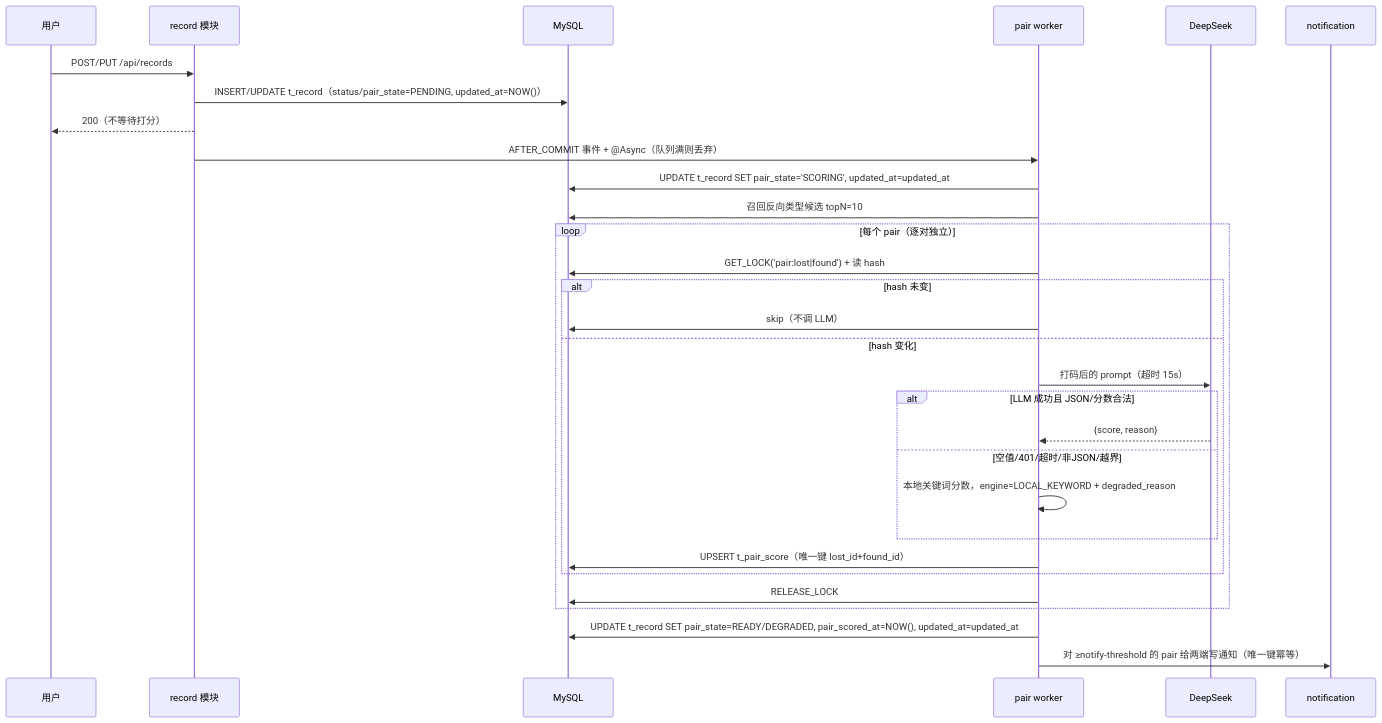
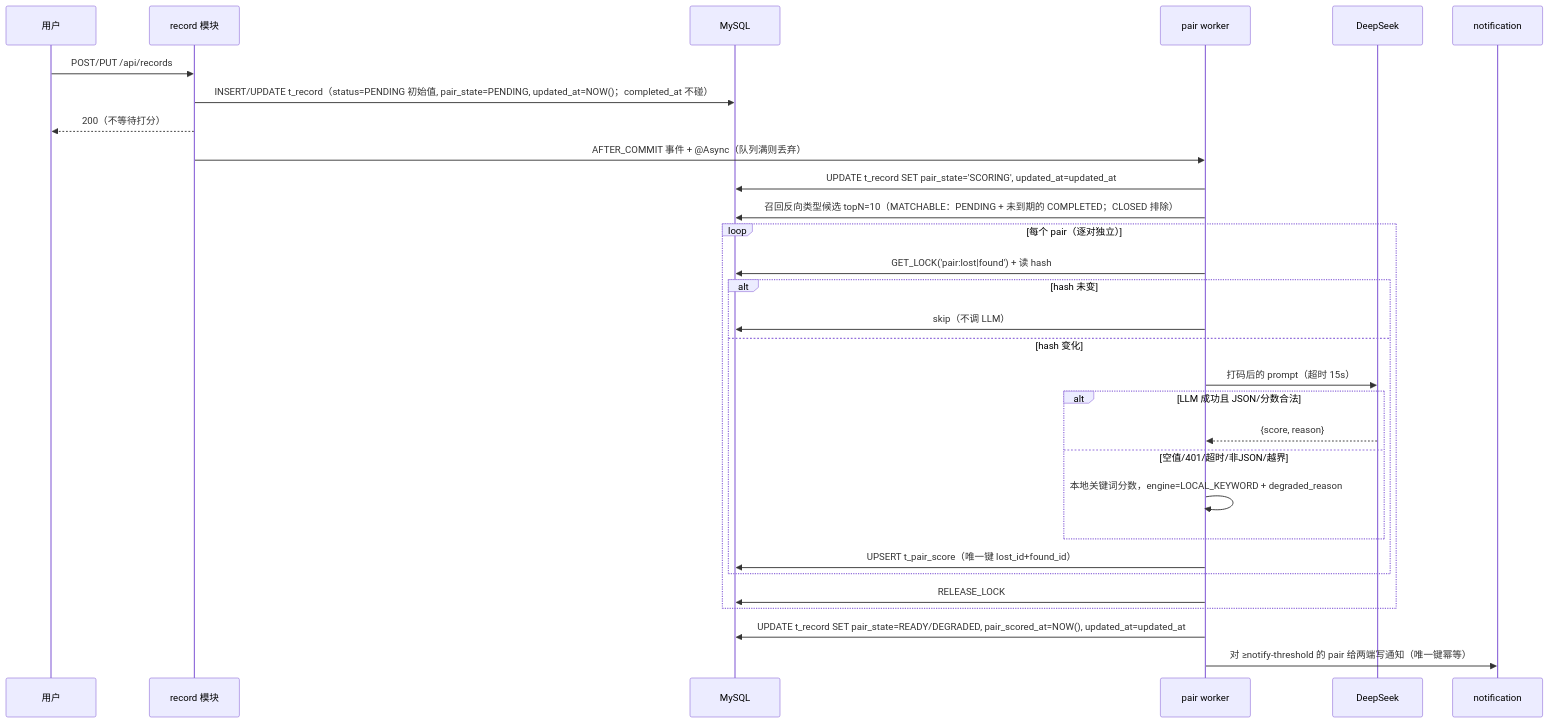
Before and after one commit to BLingKiy/find-it-campus: the second of 2 diagrams in docs/design/v2-architecture.md, drawn with Mermaid. The commit also changed other lines of this file and 5 other files, not shown here.

````diff
--- a/docs/design/v2-architecture.md
+++ b/docs/design/v2-architecture.md
@@ -448,32 +494,32 @@
 ```mermaid
 sequenceDiagram
   participant U as 用户
   participant R as record 模块
   participant DB as MySQL
   participant W as pair worker
   participant L as DeepSeek
   participant N as notification
   U->>R: POST/PUT /api/records
-  R->>DB: INSERT/UPDATE t_record（status/pair_state=PENDING, updated_at=NOW()）
+  R->>DB: INSERT/UPDATE t_record（status=PENDING 初始值, pair_state=PENDING, updated_at=NOW()；completed_at 不碰）
   R-->>U: 200（不等待打分）
   R->>W: AFTER_COMMIT 事件 + @Async（队列满则丢弃）
   W->>DB: UPDATE t_record SET pair_state='SCORING', updated_at=updated_at
-  W->>DB: 召回反向类型候选 topN=10
+  W->>DB: 召回反向类型候选 topN=10（MATCHABLE：PENDING + 未到期的 COMPLETED；CLOSED 排除）
   loop 每个 pair（逐对独立）
     W->>DB: GET_LOCK('pair:lost|found') + 读 hash
     alt hash 未变
       W->>DB: skip（不调 LLM）
     else hash 变化
       W->>L: 打码后的 prompt（超时 15s）
       alt LLM 成功且 JSON/分数合法
         L-->>W: {score, reason}
       else 空值/401/超时/非JSON/越界
         W->>W: 本地关键词分数，engine=LOCAL_KEYWORD + degraded_reason
       end
       W->>DB: UPSERT t_pair_score（唯一键 lost_id+found_id）
     end
     W->>DB: RELEASE_LOCK
   end
   W->>DB: UPDATE t_record SET pair_state=READY/DEGRADED, pair_scored_at=NOW(), updated_at=updated_at
   W->>N: 对 ≥notify-threshold 的 pair 给两端写通知（唯一键幂等）
 ```
````
